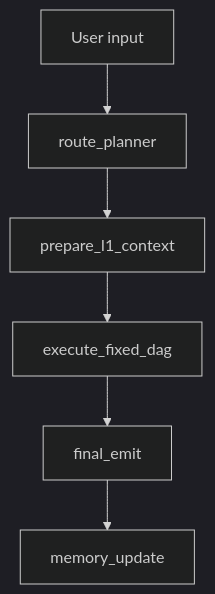
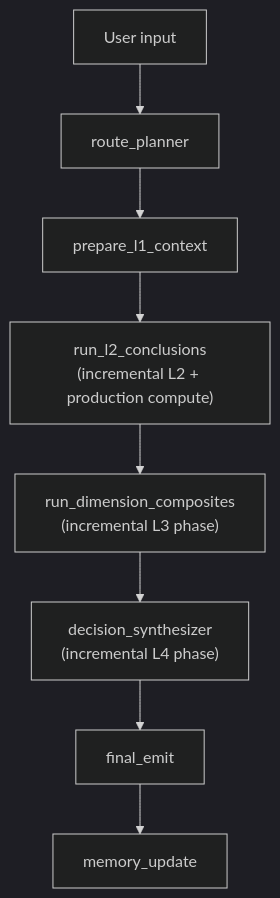
Before and after one commit to leephenix565/langgraph-my-agent: the diagram in docs/SYSTEM_MAP.md, drawn with Mermaid (dark theme). The commit also changed other lines of this file and 8 other files, not shown here.

````diff
--- a/docs/SYSTEM_MAP.md
+++ b/docs/SYSTEM_MAP.md
@@ -135,8 +136,10 @@
 ```mermaid
 flowchart TD
     U["User input"] --> P["route_planner"]
     P --> E["prepare_l1_context"]
-    E --> X["execute_fixed_dag"]
-    X --> F["final_emit"]
+    E --> L2["run_l2_conclusions\n(incremental L2 + production compute)"]
+    L2 --> L3["run_dimension_composites\n(incremental L3 phase)"]
+    L3 --> L4["decision_synthesizer\n(incremental L4 phase)"]
+    L4 --> F["final_emit"]
     F --> M["memory_update"]
 ```
````
